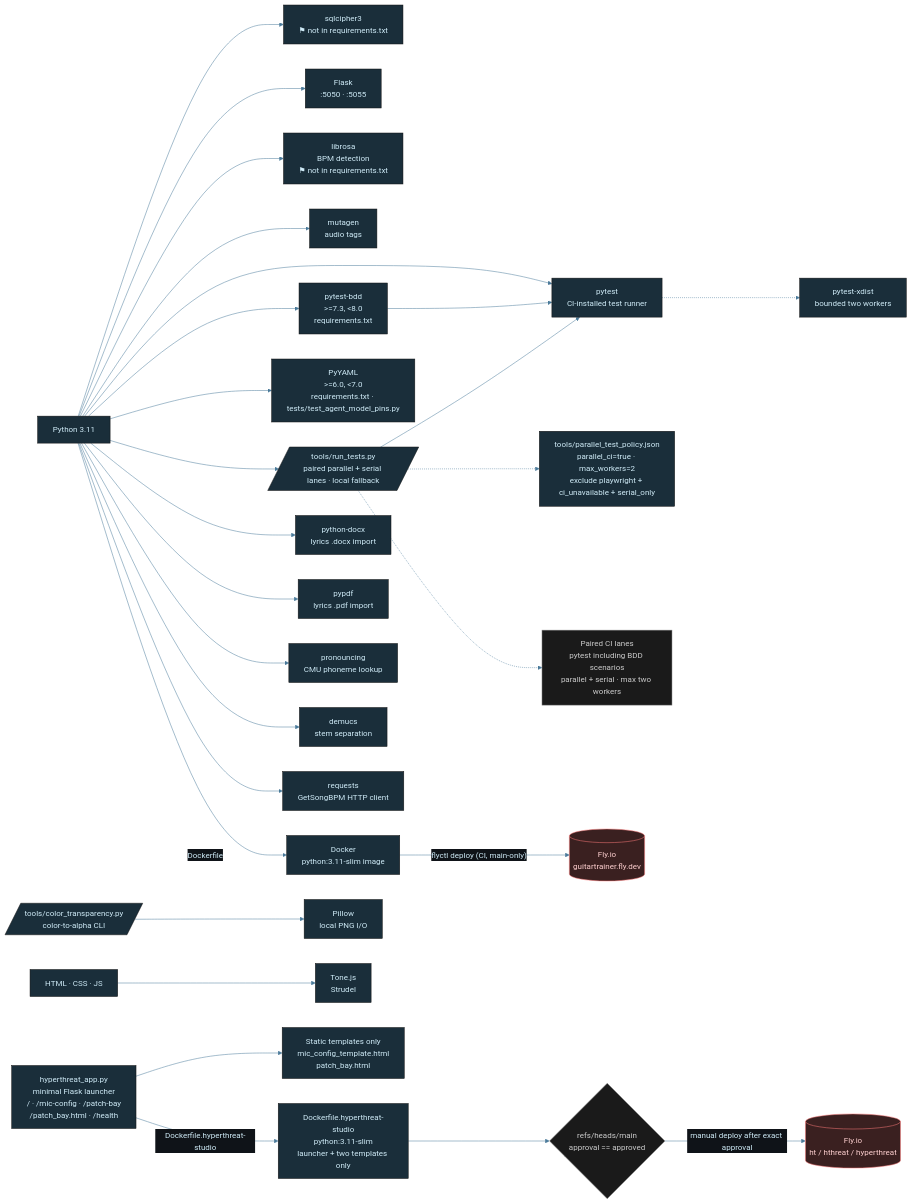
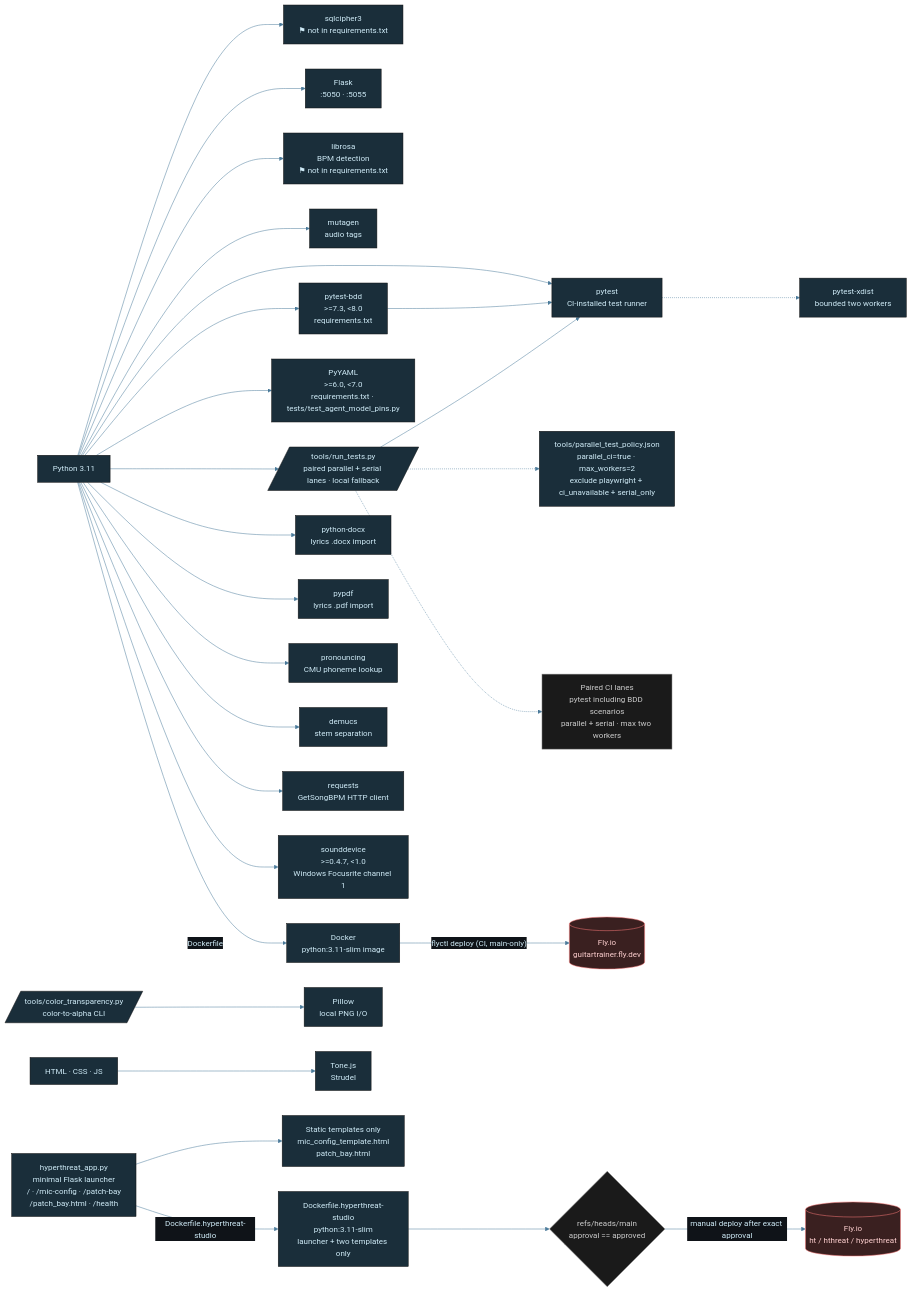
The diagram in diagrams/music-tech-stack.mmd (tylerdrakemusic/Music), drawn with Mermaid before and after one commit. The commit also changed 4 other files, not shown here.

```diff
--- a/diagrams/music-tech-stack.mmd
+++ b/diagrams/music-tech-stack.mmd
@@ -1,50 +1,51 @@
 %%{init: {'theme': 'base', 'themeVariables': {'primaryColor': '#1a2e3a', 'primaryTextColor': '#d0ecf8', 'edgeLabelBackground': '#0f1318', 'lineColor': '#4a7a9a'}}}%%
 %% is_derived_view=true
 %% Traceability.parent: diagrams/music-architecture.mmd
 graph LR
     Python[Python 3.11] --> SQLCipher["sqlcipher3<br/>⚑ not in requirements.txt"]
     Python --> Flask[Flask<br/>:5050 · :5055]
     Python --> Librosa["librosa<br/>BPM detection<br/>⚑ not in requirements.txt"]
     Python --> Mutagen[mutagen<br/>audio tags]
     Python --> Pytest["pytest<br/>CI-installed test runner"]
     Python --> PytestBDD["pytest-bdd<br/>&gt;=7.3, &lt;8.0<br/>requirements.txt"]
     Python --> PyYAML["PyYAML<br/>&gt;=6.0, &lt;7.0<br/>requirements.txt · tests/test_agent_model_pins.py"]
     PytestBDD --> Pytest
     Python --> TestRunner[/tools/run_tests.py<br/>paired parallel + serial lanes · local fallback/]
     TestRunner --> Pytest
     TestRunner -.-> TestPolicy[tools/parallel_test_policy.json<br/>parallel_ci=true · max_workers=2<br/>exclude playwright + ci_unavailable + serial_only]
     Pytest -.-> Xdist[pytest-xdist<br/>bounded two workers]
     TestRunner -.-> ParallelEvidence[Paired CI lanes<br/>pytest including BDD scenarios<br/>parallel + serial · max two workers]
     Python --> PythonDocx[python-docx<br/>lyrics .docx import]
     Python --> Pypdf[pypdf<br/>lyrics .pdf import]
     Python --> Pronouncing[pronouncing<br/>CMU phoneme lookup]
     Python --> Demucs[demucs<br/>stem separation]
     Python --> Requests[requests<br/>GetSongBPM HTTP client]
+    Python --> SoundDevice["sounddevice<br/>&gt;=0.4.7, &lt;1.0<br/>Windows Focusrite channel 1"]
     ColorTransparency[/tools/color_transparency.py<br>color-to-alpha CLI/] --> Pillow[Pillow<br>local PNG I/O]
     Web[HTML · CSS · JS] --> Tone[Tone.js<br/>Strudel]
     Python -->|Dockerfile| Docker[Docker<br/>python:3.11-slim image] -->|"flyctl deploy (CI, main-only)"| FlyIO[(Fly.io<br/>guitartrainer.fly.dev)]
     HyperthreatLauncher["hyperthreat_app.py<br/>minimal Flask launcher<br/>/ · /mic-config · /patch-bay<br/>/patch_bay.html · /health"]
     HyperthreatTemplates["Static templates only<br/>mic_config_template.html<br/>patch_bay.html"]
     HyperthreatDocker["Dockerfile.hyperthreat-studio<br/>python:3.11-slim<br/>launcher + two templates only"]
     HyperthreatGate{"refs/heads/main<br/>approval == approved"}
     HyperthreatFly[(Fly.io<br/>ht / hthreat / hyperthreat)]
     HyperthreatLauncher --> HyperthreatTemplates
     HyperthreatLauncher -->|"Dockerfile.hyperthreat-studio"| HyperthreatDocker
     HyperthreatDocker --> HyperthreatGate
     HyperthreatGate -->|"manual deploy after exact approval"| HyperthreatFly
     class Python,Web lang
-    class SQLCipher,Flask,Librosa,Mutagen,Pytest,PytestBDD,PyYAML,TestRunner,TestPolicy,Xdist,Tone,PythonDocx,Pypdf,Pronouncing,Demucs,Requests,ColorTransparency,Pillow lib
+    class SQLCipher,Flask,Librosa,Mutagen,Pytest,PytestBDD,PyYAML,TestRunner,TestPolicy,Xdist,Tone,PythonDocx,Pypdf,Pronouncing,Demucs,Requests,SoundDevice,ColorTransparency,Pillow lib
     class ParallelEvidence state
     class FlyIO,HyperthreatFly ext
     class HyperthreatLauncher,HyperthreatTemplates,HyperthreatDocker svc
     class HyperthreatGate state
 
 classDef life     fill:#1a2e3a,stroke:#6ab4d4,color:#d0ecf8
 classDef music    fill:#3a1a24,stroke:#d47a8f,color:#f8d0dc
 classDef quantum  fill:#251a3a,stroke:#a07adf,color:#e8d0f8
 classDef manifest fill:#3a2e1a,stroke:#d4a96a,color:#f8ead0
 classDef ws       fill:#1a3a30,stroke:#6ad4b4,color:#d0f8ee
 classDef tyler    fill:#2a1a3a,stroke:#9e4aff,color:#fff
 classDef ext      fill:#3a2020,stroke:#ff7a7a,color:#ffd0d0
 classDef db       fill:#3a3010,stroke:#d4c050,color:#f8f0c0
 classDef state    fill:#1a1a1a,stroke:#888888,color:#cccccc
```
